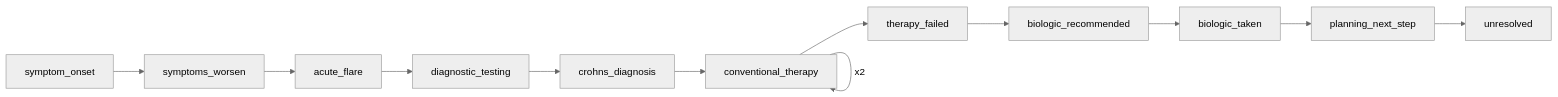
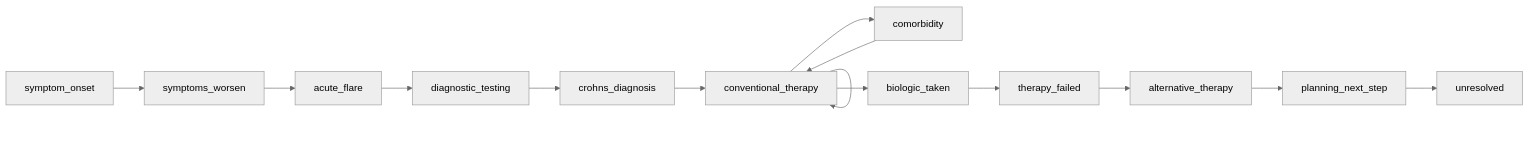
One commit to carecodeconnect/crohnicity changed diagram 30 of 50 in docs/referral_pathways.md. Above: the diagram before and after it, drawn with Mermaid. The commit also changed other lines of this file and 107 other files, not shown here.

````diff
--- a/docs/referral_pathways.md
+++ b/docs/referral_pathways.md
@@ -1118,26 +1138,29 @@
 ``` mermaid
 %%{init: {'theme':'neutral'}}%%
 flowchart LR
     n0["symptom_onset"]
     n1["symptoms_worsen"]
     n2["acute_flare"]
     n3["diagnostic_testing"]
     n4["crohns_diagnosis"]
     n5["conventional_therapy"]
-    n6["therapy_failed"]
-    n7["biologic_recommended"]
-    n8["biologic_taken"]
-    n9["planning_next_step"]
-    n10["unresolved"]
+    n6["comorbidity"]
+    n7["biologic_taken"]
+    n8["therapy_failed"]
+    n9["alternative_therapy"]
+    n10["planning_next_step"]
+    n11["unresolved"]
     n0 -->n1
     n1 -->n2
     n2 -->n3
     n3 -->n4
     n4 -->n5
-    n5 -->|x2| n5
     n5 -->n6
-    n6 -->n7
+    n6 -->n5
+    n5 -->n5
+    n5 -->n7
     n7 -->n8
     n8 -->n9
     n9 -->n10
+    n10 -->n11
 ```
````
